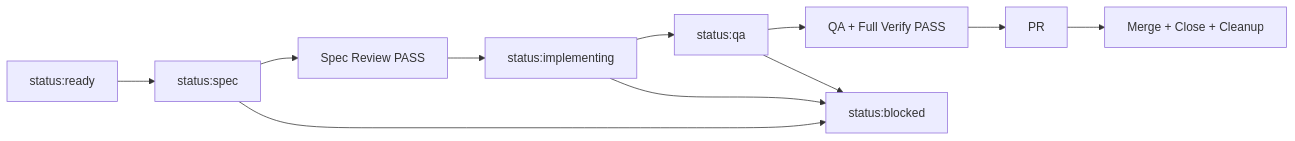
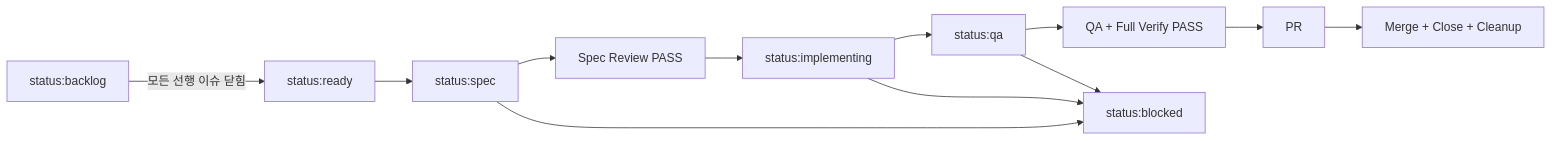
The diagram in docs/engineering/github-task-workflow.md (aroido/gyeop), drawn with Mermaid before and after one commit. The commit also changed other lines of this file and 9 other files, not shown here.

First line of the commit message:
P0 개발 계획과 GitHub 이슈 워크플로우 정렬 (#5)

````diff
--- a/docs/engineering/github-task-workflow.md
+++ b/docs/engineering/github-task-workflow.md
@@ -12,13 +12,14 @@
 ```mermaid
 flowchart LR
+    A0["status:backlog"] -->|"모든 선행 이슈 닫힘"| A["status:ready"]
     A["status:ready"] --> B["status:spec"]
     B --> C["Spec Review PASS"]
     C --> D["status:implementing"]
     D --> E["status:qa"]
     E --> F["QA + Full Verify PASS"]
     F --> G["PR"]
     G --> H["Merge + Close + Cleanup"]
     B --> X["status:blocked"]
     D --> X
     E --> X
 ```
````
